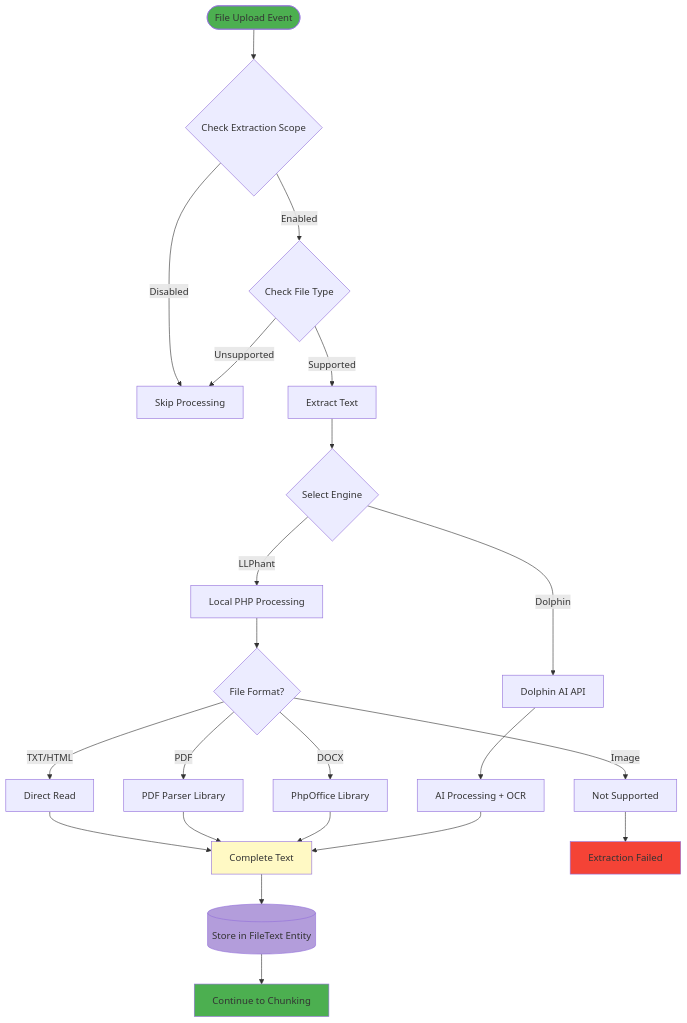
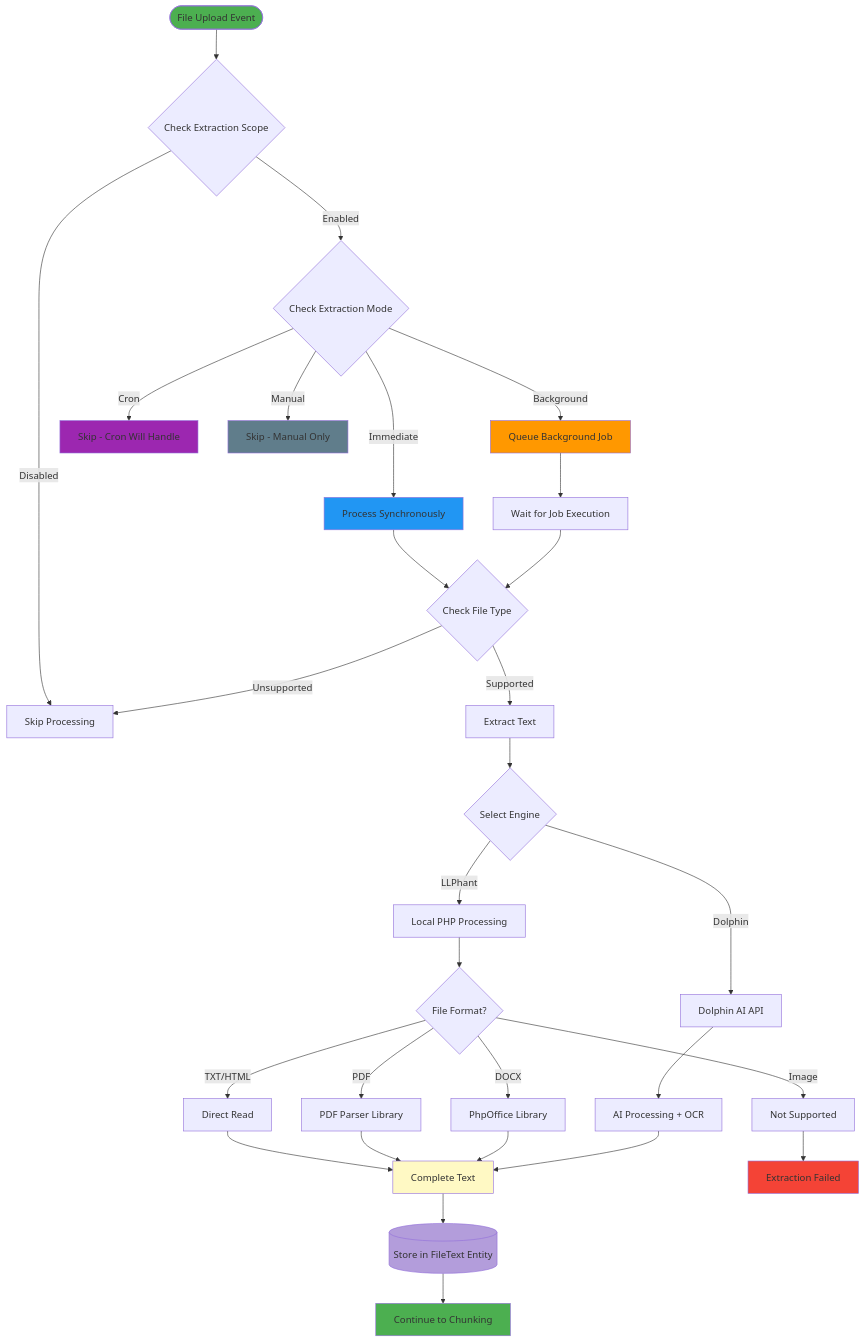
Before and after one commit to ConductionNL/openregister: the seventh of 13 diagrams in docs/features/text-extraction-sources.md, drawn with Mermaid. The commit also changed other lines of this file and 2265 other files, not shown here.

````diff
--- a/docs/features/text-extraction-sources.md
+++ b/docs/features/text-extraction-sources.md
@@ -81,37 +280,50 @@
 ```mermaid
 flowchart TD
     Start([File Upload Event]) --> Check{Check Extraction Scope}
     Check -->|Disabled| Skip[Skip Processing]
-    Check -->|Enabled| Type{Check File Type}
+    Check -->|Enabled| Mode{Check Extraction Mode}
+    
+    Mode -->|Immediate| Immediate[Process Synchronously]
+    Mode -->|Background| Queue[Queue Background Job]
+    Mode -->|Cron| SkipCron[Skip - Cron Will Handle]
+    Mode -->|Manual| SkipManual[Skip - Manual Only]
+    
+    Immediate --> Type{Check File Type}
+    Queue --> Wait[Wait for Job Execution]
+    Wait --> Type
     
     Type -->|Supported| Extract[Extract Text]
     Type -->|Unsupported| Skip
     
     Extract --> Engine{Select Engine}
     
     Engine -->|LLPhant| Local[Local PHP Processing]
     Engine -->|Dolphin| API[Dolphin AI API]
     
     Local --> Parse{File Format?}
     Parse -->|TXT/HTML| Direct[Direct Read]
     Parse -->|PDF| PDFLib[PDF Parser Library]
     Parse -->|DOCX| DOCXLib[PhpOffice Library]
     Parse -->|Image| NotSupported[Not Supported]
     
     API --> DolphinProcess[AI Processing + OCR]
     
     Direct --> Text[Complete Text]
     PDFLib --> Text
     DOCXLib --> Text
     DolphinProcess --> Text
     NotSupported --> Error[Extraction Failed]
     
     Text --> Store[(Store in FileText Entity)]
     Store --> Chunk[Continue to Chunking]
     
     style Start fill:#4caf50
+    style Immediate fill:#2196f3
+    style Queue fill:#ff9800
+    style SkipCron fill:#9c27b0
+    style SkipManual fill:#607d8b
     style Text fill:#fff9c4
     style Store fill:#b39ddb
     style Chunk fill:#4caf50
     style Error fill:#f44336
 ```
````
